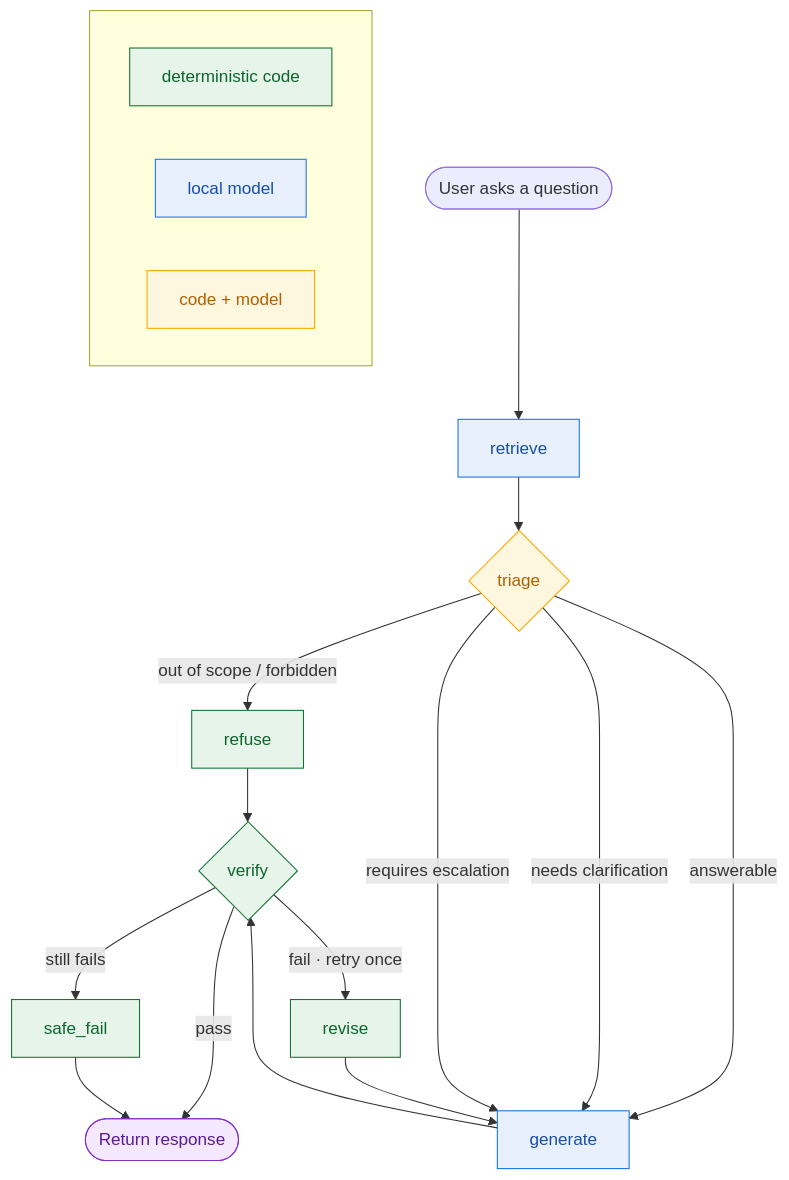
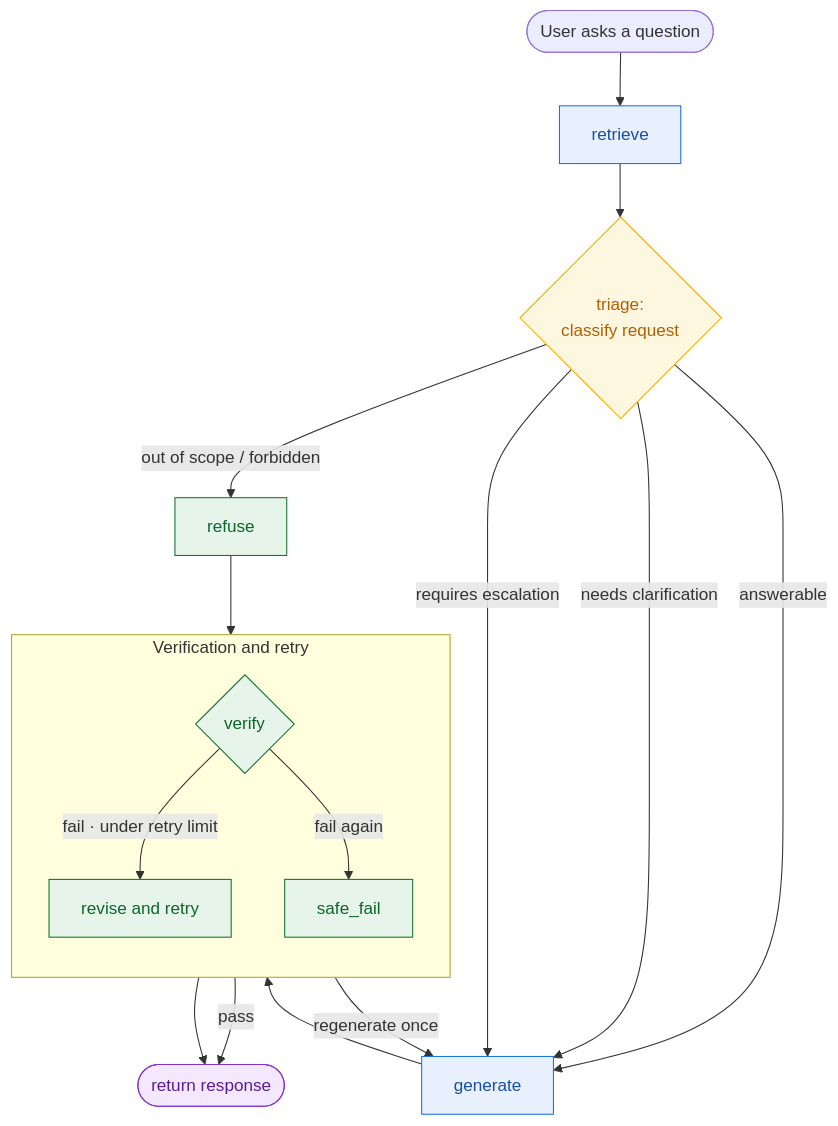
The diagram in docs/graph_annotated.mmd (Rahul-Malasani/orbitdesk-support-agent), drawn with Mermaid before and after one commit. The commit also changed 2 other files, not shown here.

Commit message:
Restructure graph: clear per-classification routes, verify/retry grouped at bottom

```diff
--- a/docs/graph_annotated.mmd
+++ b/docs/graph_annotated.mmd
@@ -1,29 +1,29 @@
 flowchart TD
     Q([User asks a question]) --> R[retrieve]:::model
-    R --> T{triage}:::mixed
+    R --> T{triage:<br/>classify request}:::mixed
 
+    %% ---- the four classification routes ----
     T -->|out of scope / forbidden| RF[refuse]:::code
     T -->|answerable| G[generate]:::model
     T -->|needs clarification| G
     T -->|requires escalation| G
 
-    RF --> V{verify}:::code
+    RF --> V
     G --> V
 
-    V -->|pass| DONE([Return response]):::done
-    V -->|fail · retry once| RV[revise]:::code
-    V -->|still fails| SF[safe_fail]:::code
-    RV --> G
+    %% ---- verification / retry / fallback, grouped at the bottom ----
+    subgraph BOTTOM [Verification and retry]
+      direction TB
+      V{verify}:::code
+      V -->|fail · under retry limit| RV[revise and retry]:::code
+      V -->|fail again| SF[safe_fail]:::code
+    end
+
+    V -->|pass| DONE([return response]):::done
+    RV -->|regenerate once| G
     SF --> DONE
-
-    subgraph Legend [ ]
-      direction LR
-      L1[deterministic code]:::code
-      L2[local model]:::model
-      L3[code + model]:::mixed
-    end
 
     classDef code fill:#e6f4ea,stroke:#137333,color:#0d652d
     classDef model fill:#e8f0fe,stroke:#1a73e8,color:#174ea6
     classDef mixed fill:#fef7e0,stroke:#f9ab00,color:#b06000
     classDef done fill:#f3e8fd,stroke:#8430ce,color:#5b1a95
```
